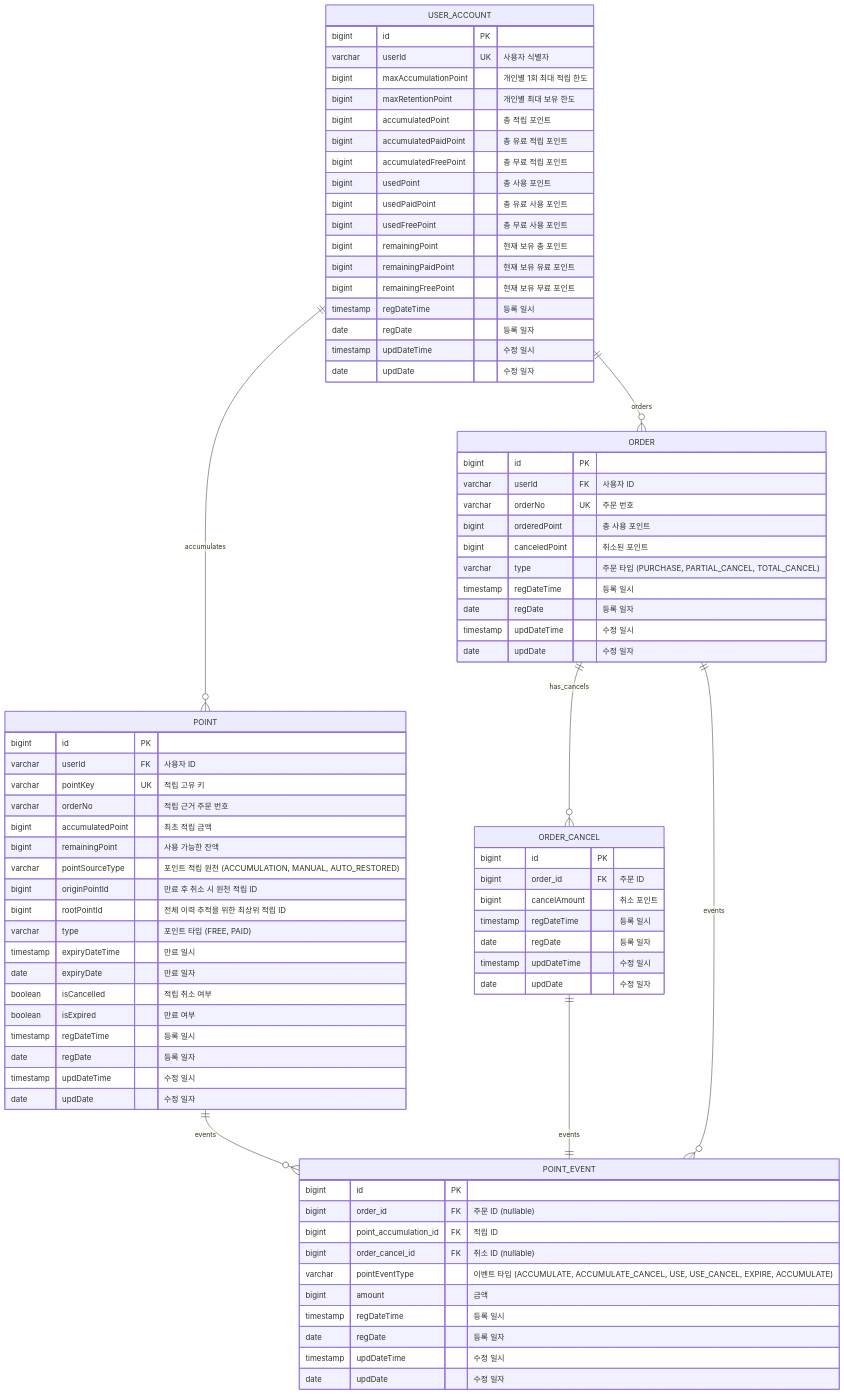
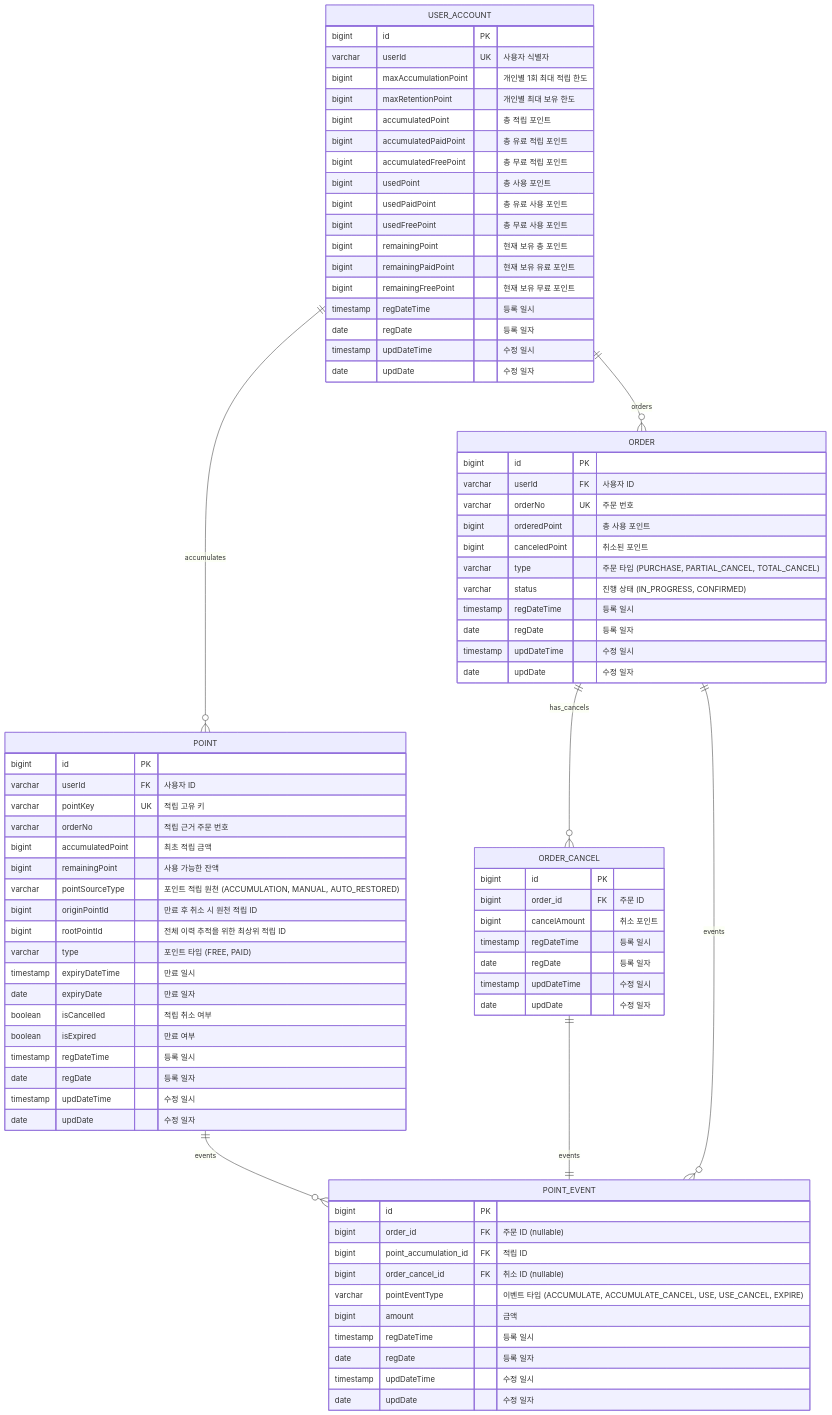
Before and after one commit to muzzaiwork/point: the diagram in docs/데이터베이스 설계.md, drawn with Mermaid. The commit also changed other lines of this file, not shown here.

Commit message:
docs: 데이터베이스 설계 문서 오류 수정 - ORDER status 컬럼 추가, POINT_EVENT 중복 제거

```diff
--- a/docs/데이터베이스 설계.md
+++ b/docs/데이터베이스 설계.md
@@ -59,6 +59,7 @@
         bigint orderedPoint "총 사용 포인트"
         bigint canceledPoint "취소된 포인트"
         varchar type "주문 타입 (PURCHASE, PARTIAL_CANCEL, TOTAL_CANCEL)"
+        varchar status "진행 상태 (IN_PROGRESS, CONFIRMED)"
         timestamp regDateTime "등록 일시"
         date regDate "등록 일자"
         timestamp updDateTime "수정 일시"
@@ -80,7 +81,7 @@
         bigint order_id FK "주문 ID (nullable)"
         bigint point_accumulation_id FK "적립 ID"
         bigint order_cancel_id FK "취소 ID (nullable)"
-        varchar pointEventType "이벤트 타입 (ACCUMULATE, ACCUMULATE_CANCEL, USE, USE_CANCEL, EXPIRE, ACCUMULATE)"
+        varchar pointEventType "이벤트 타입 (ACCUMULATE, ACCUMULATE_CANCEL, USE, USE_CANCEL, EXPIRE)"
         bigint amount "금액"
         timestamp regDateTime "등록 일시"
         date regDate "등록 일자"
```
